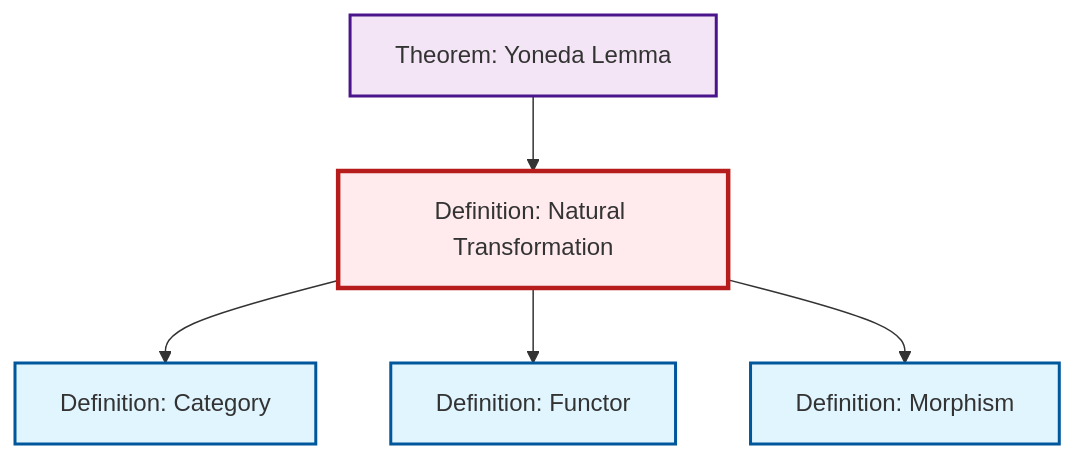
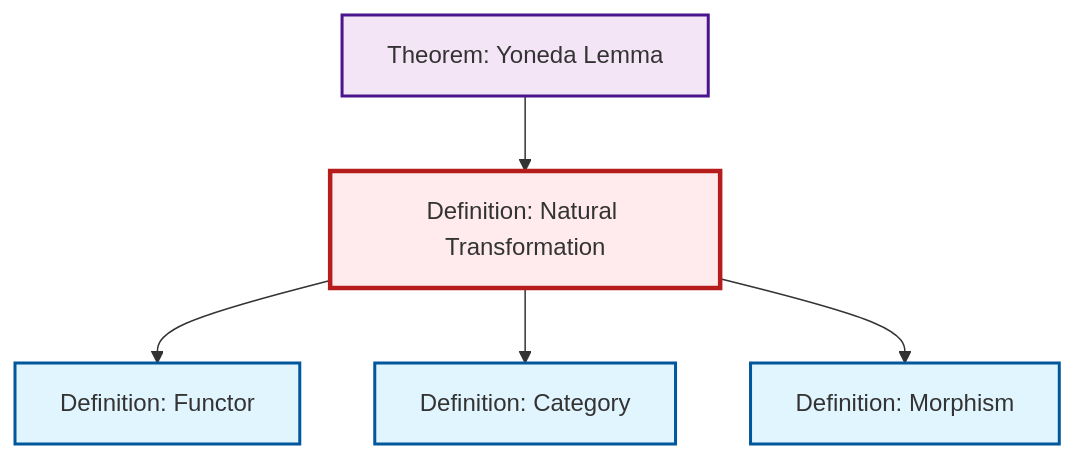
Before and after one commit to RK0429/ModernMath: the diagram in output/mermaid/def-natural-transformation.mermaid, drawn with Mermaid. The commit also changed other lines of this file and 1122 other files, not shown here.

````diff
--- a/output/mermaid/def-natural-transformation.mermaid
+++ b/output/mermaid/def-natural-transformation.mermaid
@@ -1,19 +1,19 @@
 ```{mermaid}
 %%| fig-cap: "Local dependency graph"
 graph TD
     classDef definition fill:#e1f5fe,stroke:#01579b,stroke-width:2px
     classDef theorem fill:#f3e5f5,stroke:#4a148c,stroke-width:2px
     classDef axiom fill:#fff3e0,stroke:#e65100,stroke-width:2px
     classDef example fill:#e8f5e9,stroke:#1b5e20,stroke-width:2px
     classDef current fill:#ffebee,stroke:#b71c1c,stroke-width:3px
+    def-natural-transformation["Definition: Natural Transformation"]:::definition
+    def-morphism["Definition: Morphism"]:::definition
+    def-category["Definition: Category"]:::definition
     def-functor["Definition: Functor"]:::definition
     thm-yoneda["Theorem: Yoneda Lemma"]:::theorem
-    def-category["Definition: Category"]:::definition
-    def-natural-transformation["Definition: Natural Transformation"]:::definition
-    def-morphism["Definition: Morphism"]:::definition
+    def-natural-transformation --> def-functor
+    def-natural-transformation --> def-category
+    def-natural-transformation --> def-morphism
     thm-yoneda --> def-natural-transformation
-    def-natural-transformation --> def-category
-    def-natural-transformation --> def-functor
-    def-natural-transformation --> def-morphism
     class def-natural-transformation current
 ```
````
